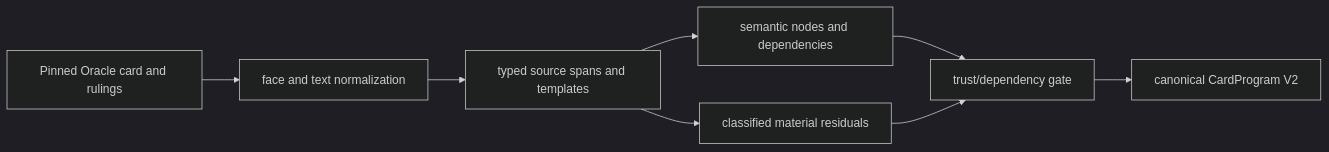
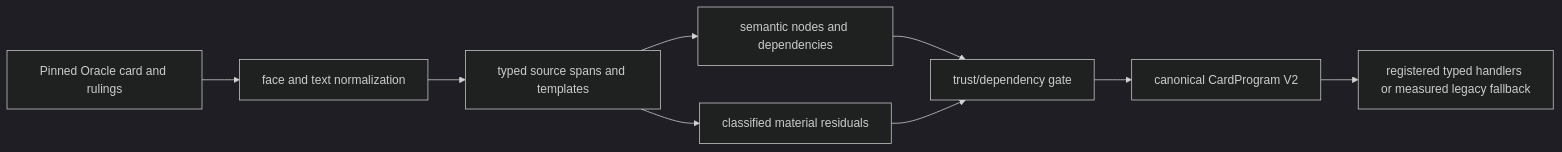
The diagram in docs/architecture/compiler.md (MoellerJDev/mtg-commander-sim), drawn with Mermaid (dark theme) before and after one commit. The commit also changed 38 other files, not shown here.

````diff
--- a/docs/architecture/compiler.md
+++ b/docs/architecture/compiler.md
@@ -21,10 +21,11 @@
 ```mermaid
 flowchart LR
     Card["Pinned Oracle card and rulings"] --> Normalize["face and text normalization"]
     Normalize --> Parse["typed source spans and templates"]
     Parse --> Lower["semantic nodes and dependencies"]
     Parse --> Residuals["classified material residuals"]
     Lower --> Gate["trust/dependency gate"]
     Residuals --> Gate
     Gate --> Program["canonical CardProgram V2"]
+    Program --> Handlers["registered typed handlers or measured legacy fallback"]
 ```
````
